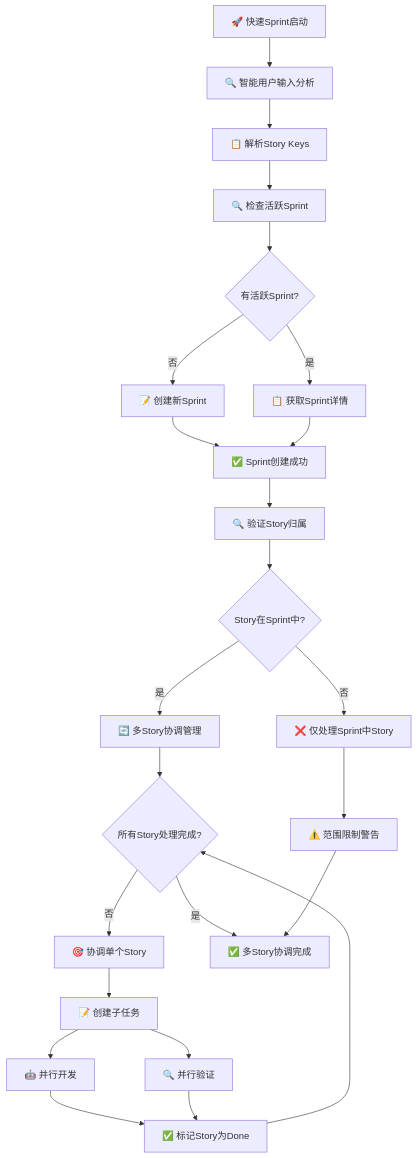
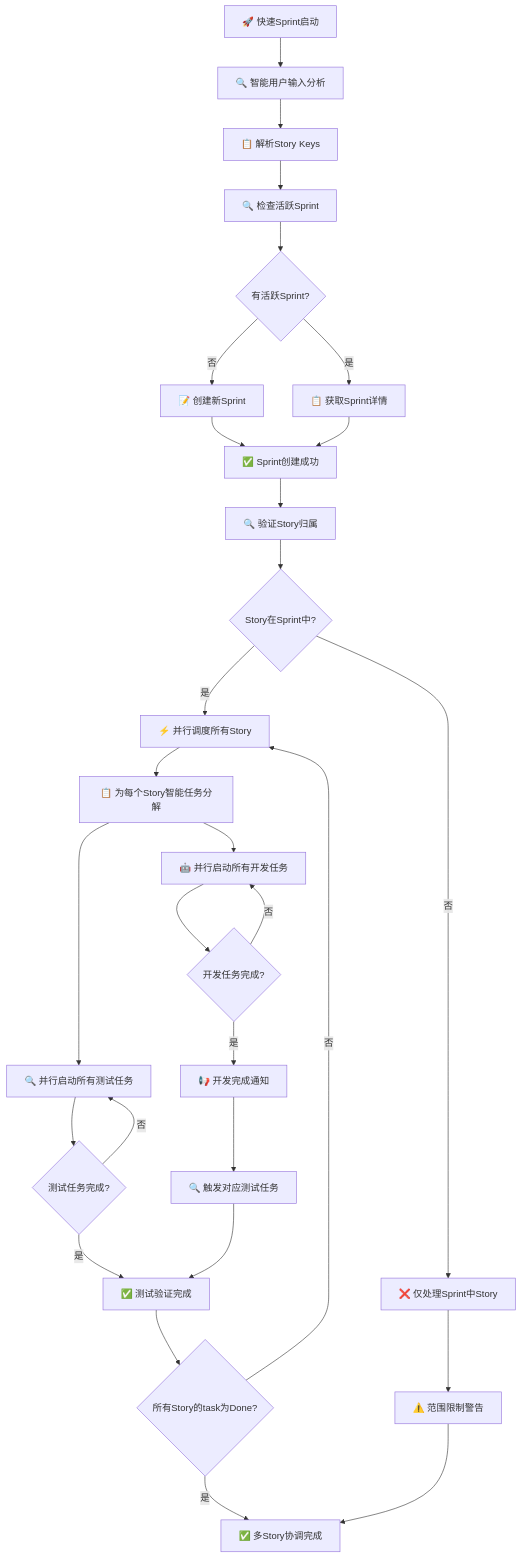
One commit to ouyangshixiong/context-engineering-zh changed the sixth of 12 diagrams in plugins/agile-marketplace/sprint-plugin/commands/快速sprint.md. Above: the diagram before and after it, drawn with Mermaid. The commit also changed other lines of this file and 4 other files, not shown here.

````diff
--- a/plugins/agile-marketplace/sprint-plugin/commands/快速sprint.md
+++ b/plugins/agile-marketplace/sprint-plugin/commands/快速sprint.md
@@ -255,26 +275,35 @@
 ```mermaid
 flowchart TD
     A[🚀 快速Sprint启动] --> B[🔍 智能用户输入分析]
     B --> C[📋 解析Story Keys]
     C --> D[🔍 检查活跃Sprint]
     D --> E{有活跃Sprint?}
     E -->|否| F[📝 创建新Sprint]
     E -->|是| G[📋 获取Sprint详情]
     F --> H[✅ Sprint创建成功]
     G --> H
     H --> I[🔍 验证Story归属]
     I --> J{Story在Sprint中?}
     J -->|否| K[❌ 仅处理Sprint中Story]
-    J -->|是| L[🔄 多Story协调管理]
+    J -->|是| L[⚡ 并行调度所有Story]
     K --> M[⚠️ 范围限制警告]
-    L --> N{所有Story处理完成?}
-    N -->|否| O[🎯 协调单个Story]
-    O --> P[📝 创建子任务]
-    P --> Q[🤖 并行开发]
-    P --> R[🔍 并行验证]
-    Q --> S[✅ 标记Story为Done]
-    R --> S
-    S --> N
-    N -->|是| T[✅ 多Story协调完成]
-    M --> T
+    L --> N[📋 为每个Story智能任务分解]
+    N --> O[🤖 并行启动所有开发任务]
+    N --> P[🔍 并行启动所有测试任务]
+
+    O --> Q{开发任务完成?}
+    Q -->|否| O
+    Q -->|是| R[📢 开发完成通知]
+    R --> S[🔍 触发对应测试任务]
+
+    P --> T{测试任务完成?}
+    T -->|否| P
+    T -->|是| U[✅ 测试验证完成]
+
+    S --> U
+
+    U --> V{所有Story的task为Done?}
+    V -->|否| L
+    V -->|是| W[✅ 多Story协调完成]
+    M --> W
 ```
````
